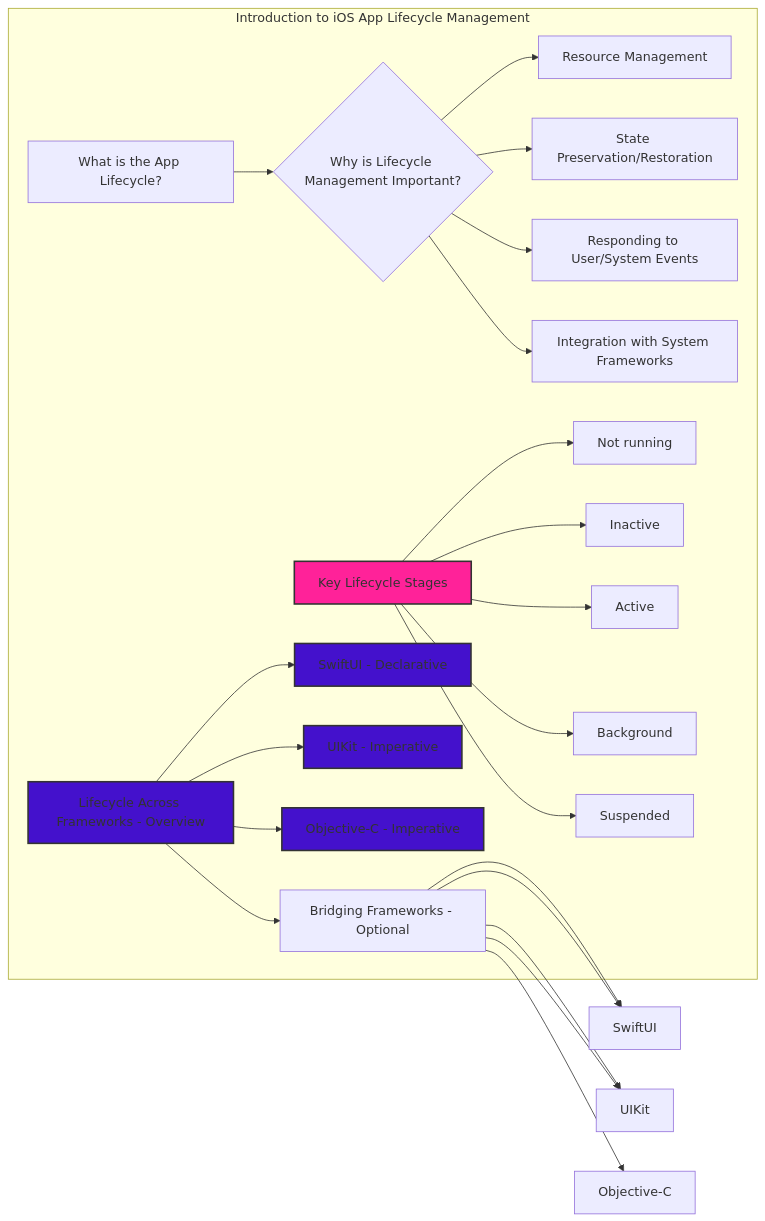
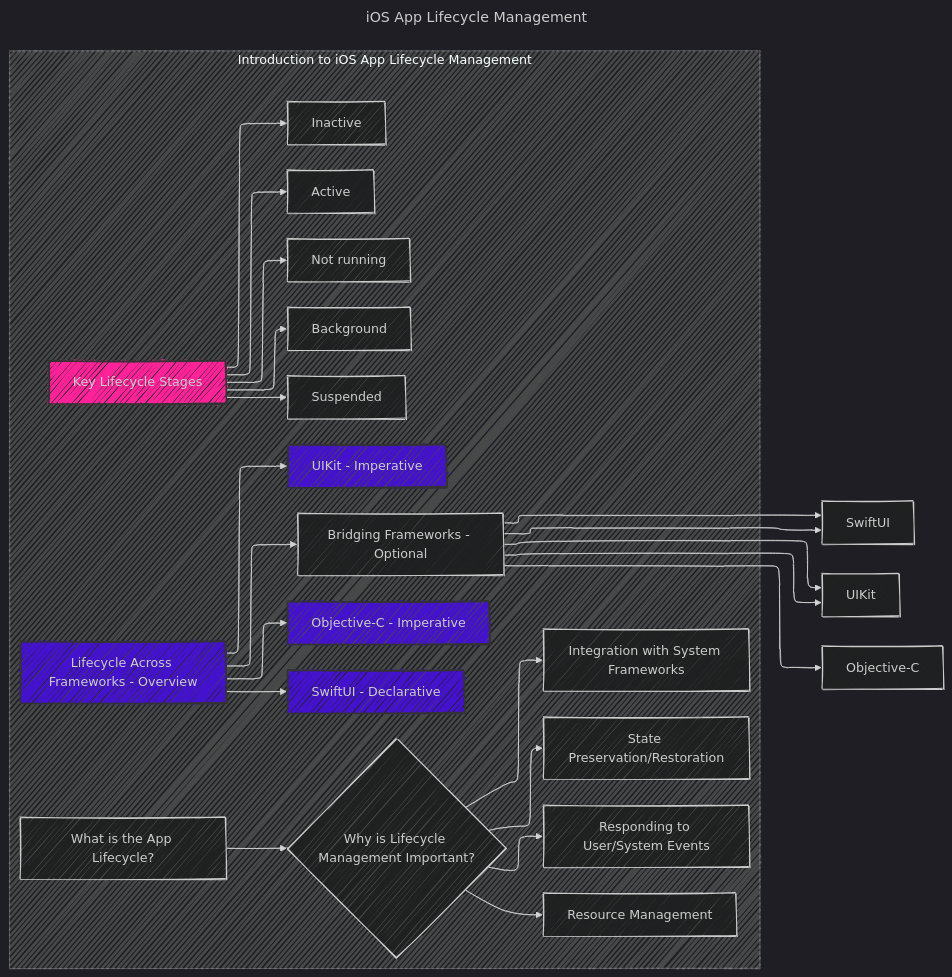
The diagram in iOS_app_and_view_lifecycle/iOS_App_Lifecycle_Management_Overview.md (CongLeSolutionX/iOS-development-vault), drawn with Mermaid before and after one commit. The commit also changed 8 other files, not shown here.

````diff
--- a/iOS_app_and_view_lifecycle/iOS_App_Lifecycle_Management_Overview.md
+++ b/iOS_app_and_view_lifecycle/iOS_App_Lifecycle_Management_Overview.md
@@ -19,33 +19,40 @@
 ```mermaid
+---
+title: iOS App Lifecycle Management
+config:
+  layout: elk
+  look: handDrawn
+  theme: dark
+---
 graph LR
     subgraph "Introduction to iOS App Lifecycle Management"
         A[What is the App Lifecycle?] --> B{Why is Lifecycle Management Important?}
         B --> C[Resource Management]
         B --> D[State Preservation/Restoration]
         B --> E[Responding to User/System Events]
         B --> F[Integration with System Frameworks]
 
         G[Key Lifecycle Stages] --> G1[Not running]
         G --> G2[Inactive]
         G --> G3[Active]
         G --> G4[Background]
         G --> G5[Suspended]
 
 
         H[Lifecycle Across Frameworks - Overview] --> H1[SwiftUI - Declarative]
         H --> H2[UIKit - Imperative]
         H --> H3[Objective-C - Imperative]
 
         H --> I[Bridging Frameworks - Optional]
     end
 
     I --> SwiftUI & UIKit
     I --> SwiftUI & UIKit & Objective-C
 
     style G fill:#f29f,stroke:#333,stroke-width:2px
     style H fill:#41cf,stroke:#333,stroke-width:2px
 
     classDef Frameworks fill:#41cf,stroke:#333,stroke-width:2px
     class H1,H2,H3 Frameworks
 
 ```
````
